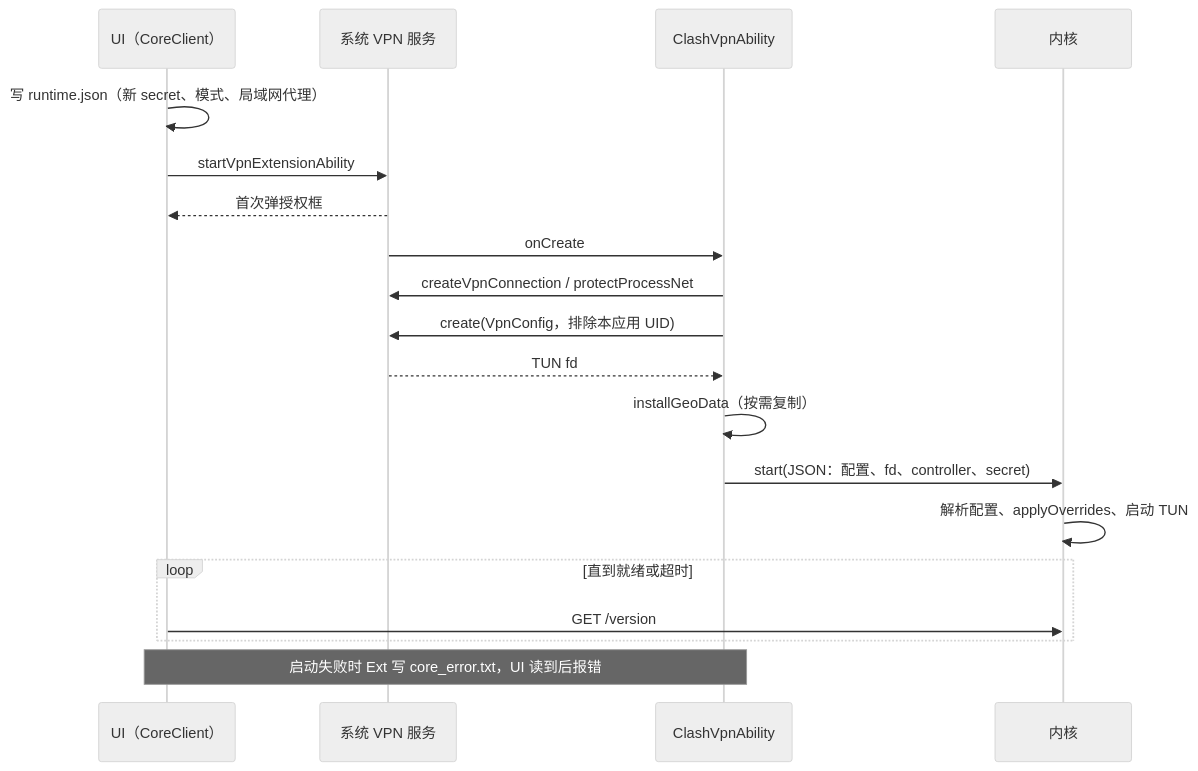
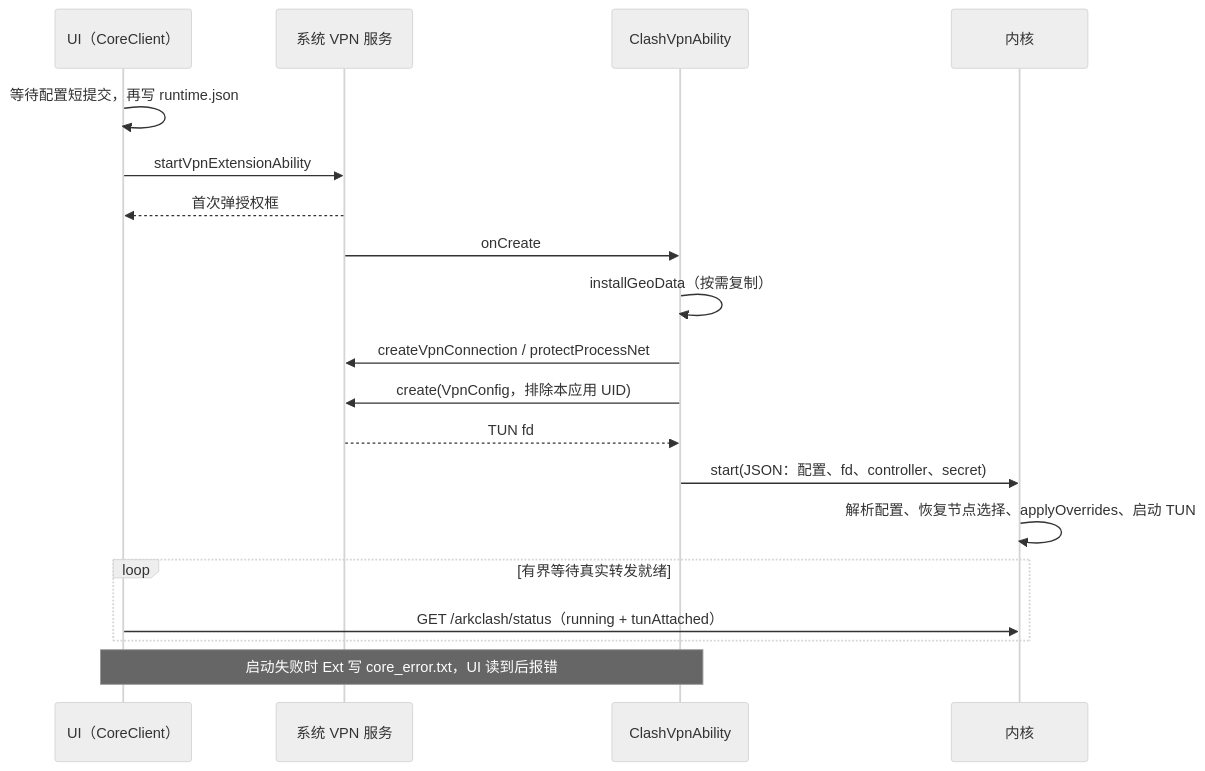
Before and after one commit to VOD-Studio/ArkClash: the second of 2 diagrams in docs/architecture.md, drawn with Mermaid (neutral theme). The commit also changed other lines of this file and 17 other files, not shown here.

````diff
--- a/docs/architecture.md
+++ b/docs/architecture.md
@@ -35,21 +35,21 @@
 ```mermaid
 sequenceDiagram
   participant UI as UI（CoreClient）
   participant Sys as 系统 VPN 服务
   participant Ext as ClashVpnAbility
   participant Core as 内核
-  UI->>UI: 写 runtime.json（新 secret、模式、局域网代理）
+  UI->>UI: 等待配置短提交，再写 runtime.json
   UI->>Sys: startVpnExtensionAbility
   Sys-->>UI: 首次弹授权框
   Sys->>Ext: onCreate
+  Ext->>Ext: installGeoData（按需复制）
   Ext->>Sys: createVpnConnection / protectProcessNet
   Ext->>Sys: create(VpnConfig，排除本应用 UID)
   Sys-->>Ext: TUN fd
-  Ext->>Ext: installGeoData（按需复制）
   Ext->>Core: start(JSON：配置、fd、controller、secret)
-  Core->>Core: 解析配置、applyOverrides、启动 TUN
-  loop 直到就绪或超时
-    UI->>Core: GET /version
+  Core->>Core: 解析配置、恢复节点选择、applyOverrides、启动 TUN
+  loop 有界等待真实转发就绪
+    UI->>Core: GET /arkclash/status（running + tunAttached）
   end
   Note over Ext,UI: 启动失败时 Ext 写 core_error.txt，UI 读到后报错
 ```
````
